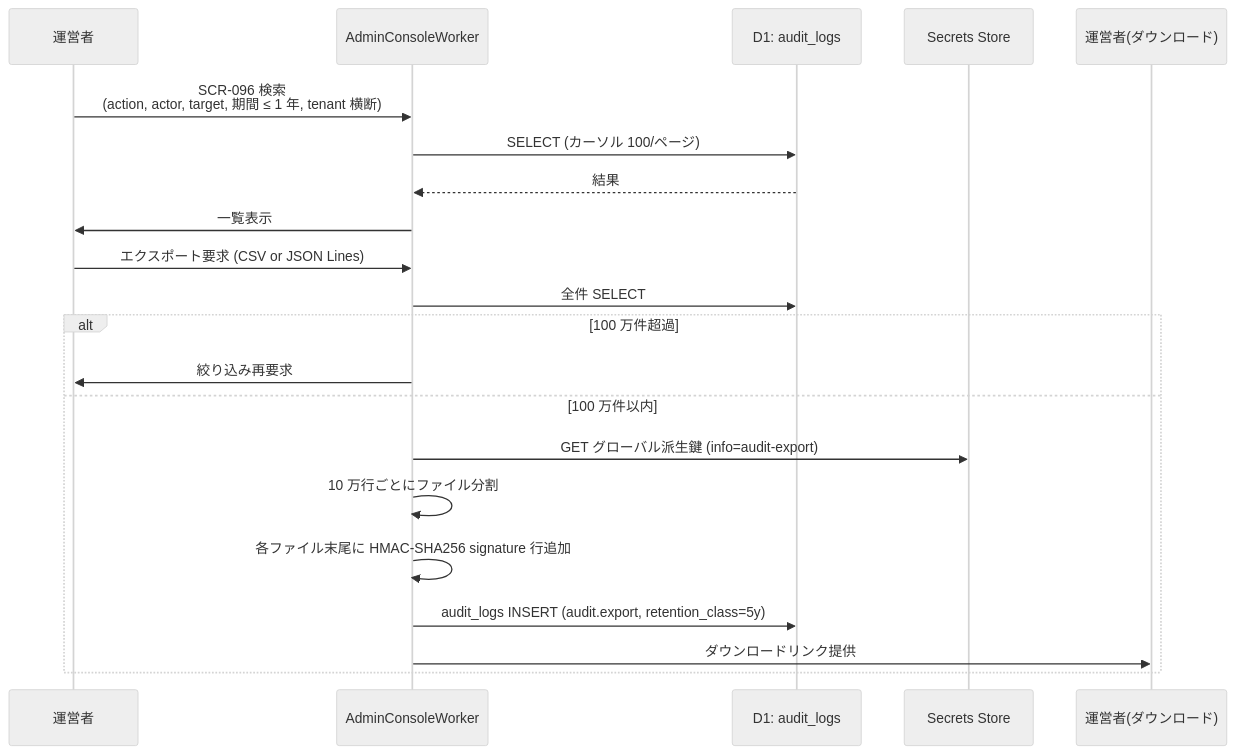
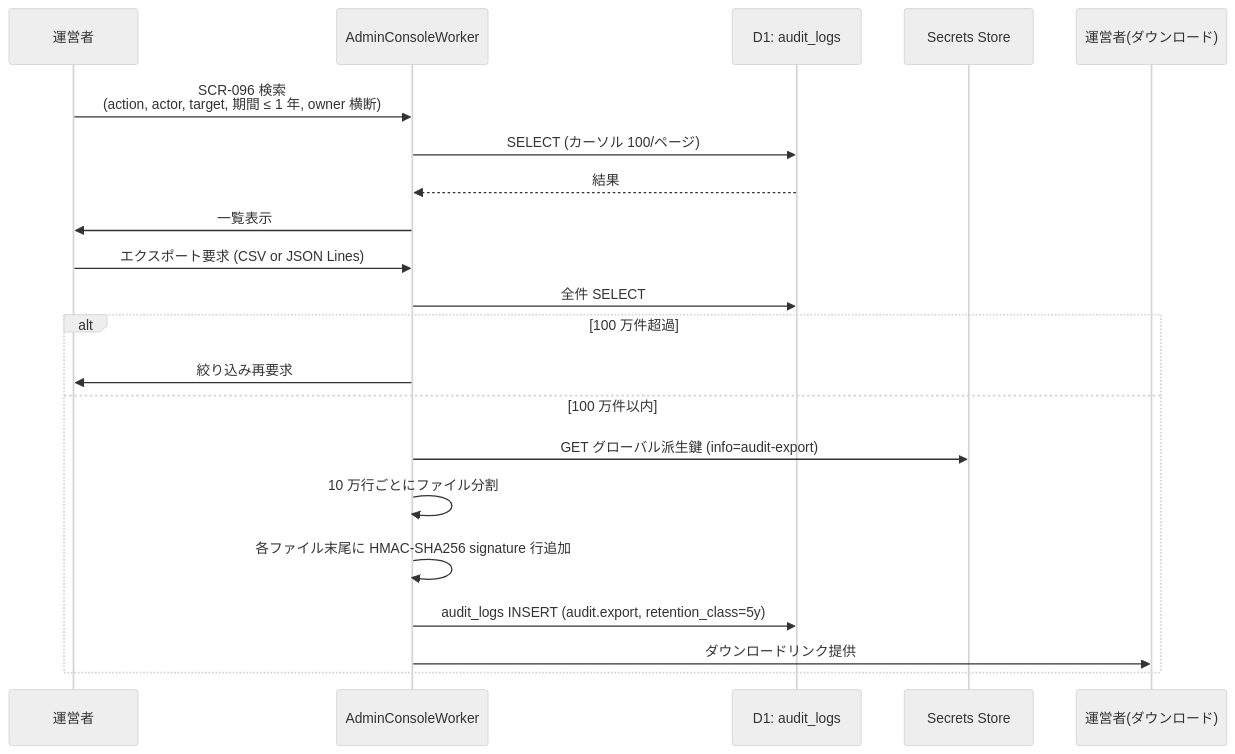
Before and after one commit to sikakou54/open-faq: diagram 23 of 25 in 02_admin/02_basic_design.md, drawn with Mermaid (neutral theme). The commit also changed other lines of this file and 22 other files, not shown here.

````diff
--- a/02_admin/02_basic_design.md
+++ b/02_admin/02_basic_design.md
@@ -1600,25 +1600,25 @@
 ```mermaid
 sequenceDiagram
     participant Op as 運営者
     participant Admin as AdminConsoleWorker
     participant D1 as D1: audit_logs
     participant Secrets as Secrets Store
     participant Op2 as 運営者(ダウンロード)
 
-    Op->>Admin: SCR-096 検索<br/>(action, actor, target, 期間 ≤ 1 年, tenant 横断)
+    Op->>Admin: SCR-096 検索<br/>(action, actor, target, 期間 ≤ 1 年, owner 横断)
     Admin->>D1: SELECT (カーソル 100/ページ)
     D1-->>Admin: 結果
     Admin->>Op: 一覧表示
 
     Op->>Admin: エクスポート要求 (CSV or JSON Lines)
     Admin->>D1: 全件 SELECT
     alt 100 万件超過
         Admin->>Op: 絞り込み再要求
     else 100 万件以内
         Admin->>Secrets: GET グローバル派生鍵 (info=audit-export)
         Admin->>Admin: 10 万行ごとにファイル分割
         Admin->>Admin: 各ファイル末尾に HMAC-SHA256 signature 行追加
         Admin->>D1: audit_logs INSERT (audit.export, retention_class=5y)
         Admin->>Op2: ダウンロードリンク提供
     end
 ```
````
